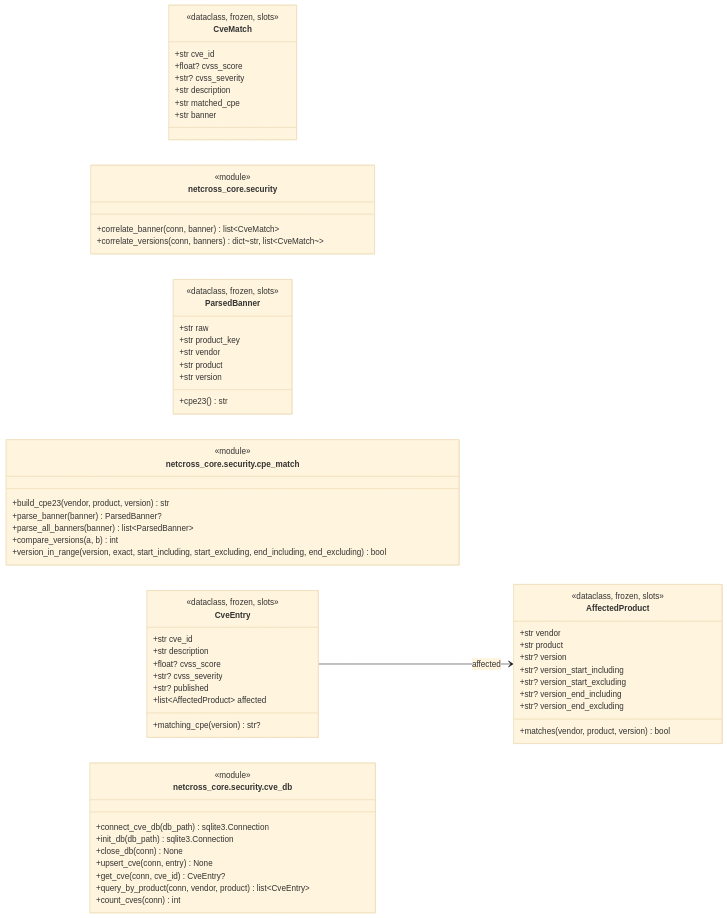
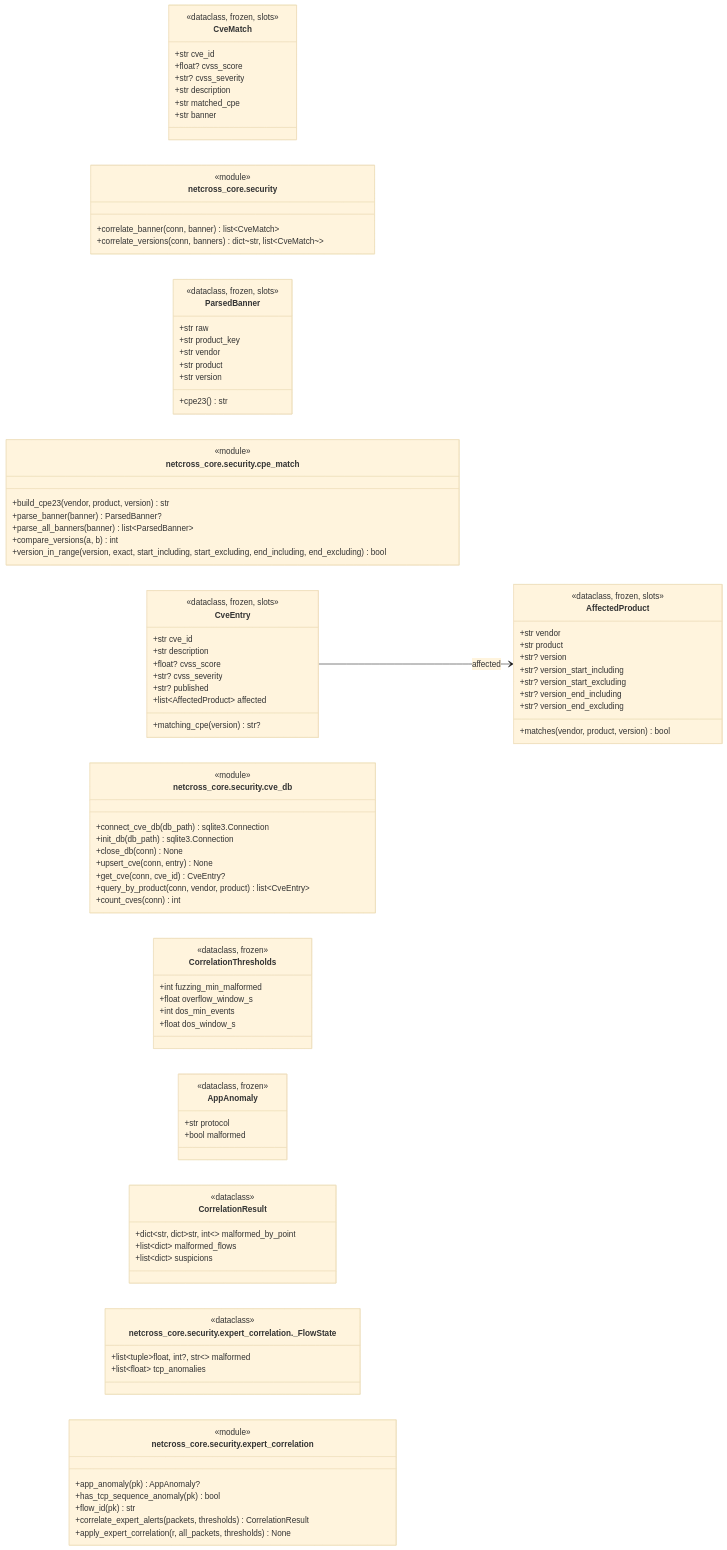
The sixth of 10 diagrams in docs/class-diagram.md (MathildeDec/Netcross), drawn with Mermaid (base theme) before and after one commit. The commit also changed other lines of this file and 1 other file, not shown here.

Commit message:
feat(analysis): brancher la correlation Expert Info dans analyse() (#137)

````diff
--- a/docs/class-diagram.md
+++ b/docs/class-diagram.md
@@ -1463,6 +1468,39 @@
         +count_cves(conn) int
     }
 
+    %% ===== netcross_core.security.expert_correlation =====
+    class CorrelationThresholds {
+        <<dataclass, frozen>>
+        +int fuzzing_min_malformed
+        +float overflow_window_s
+        +int dos_min_events
+        +float dos_window_s
+    }
+    class AppAnomaly {
+        <<dataclass, frozen>>
+        +str protocol
+        +bool malformed
+    }
+    class CorrelationResult {
+        <<dataclass>>
+        +dict~str, dict~str, int~~ malformed_by_point
+        +list~dict~ malformed_flows
+        +list~dict~ suspicions
+    }
+    class netcross_core_security_expert_correlation__FlowState["netcross_core.security.expert_correlation._FlowState"] {
+        <<dataclass>>
+        +list~tuple~float, int?, str~~ malformed
+        +list~float~ tcp_anomalies
+    }
+    class mod_netcross_core_security_expert_correlation["netcross_core.security.expert_correlation"] {
+        <<module>>
+        +app_anomaly(pk) AppAnomaly?
+        +has_tcp_sequence_anomaly(pk) bool
+        +flow_id(pk) str
+        +correlate_expert_alerts(packets, thresholds) CorrelationResult
+        +apply_expert_correlation(r, all_packets, thresholds) None
+    }
+
     %% ===== relations =====
     CveEntry --> AffectedProduct : affected
 ```
````
